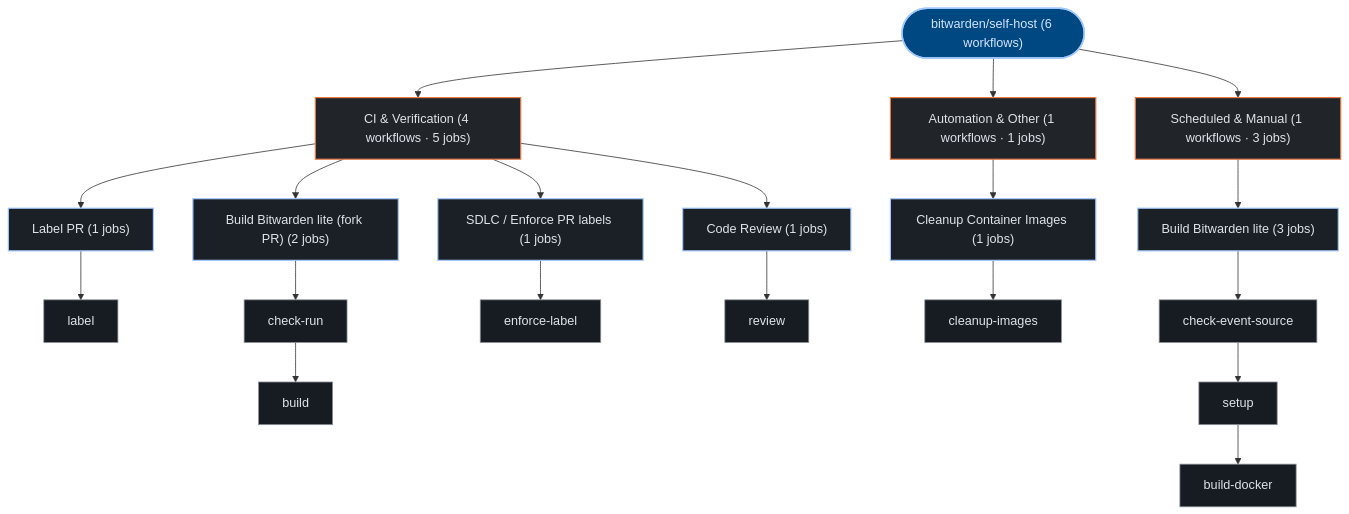
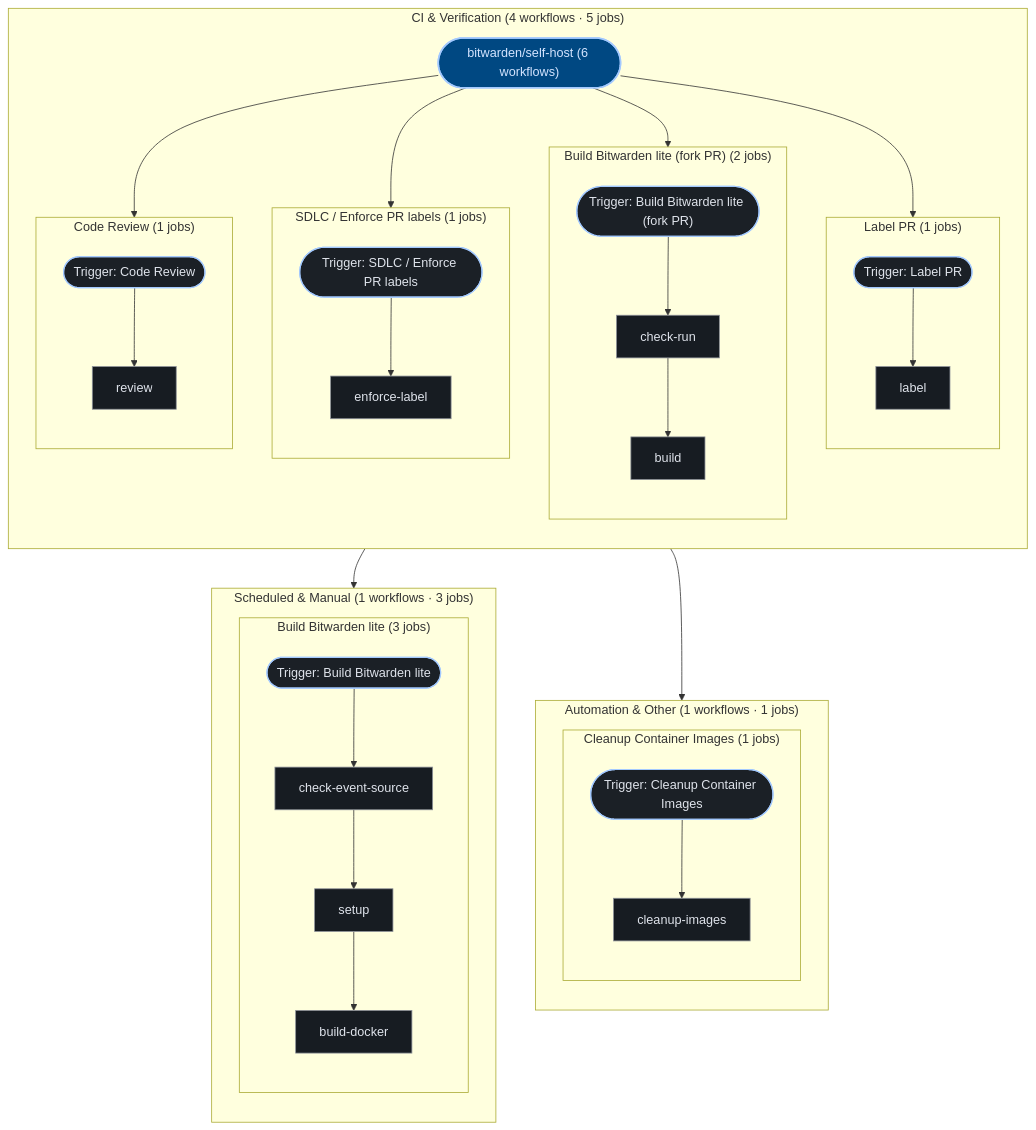
Before and after one commit to kumarshaz/atruss-code-atlas: the third of 3 diagrams in exports/latest/reports/bitwarden-self-host-report.md, drawn with Mermaid. The commit also changed 181 other files, not shown here.

````diff
--- a/exports/latest/reports/bitwarden-self-host-report.md
+++ b/exports/latest/reports/bitwarden-self-host-report.md
@@ -127,47 +127,68 @@
 ```mermaid
 graph TD;
   classDef atlasRoot fill:#004882,stroke:#a3c9ff,stroke-width:2px,color:#d3e4ff
   classDef atlasCategory fill:#212428,stroke:#E87A48,stroke-width:1.5px,color:#dfe3eb
   classDef atlasWorkflow fill:#1b2026,stroke:#a3c9ff,stroke-width:1.5px,color:#dfe3eb
   classDef atlasJob fill:#171c22,stroke:#8d9199,stroke-width:1px,color:#dfe3eb
   classDef atlasTarget fill:#005227,stroke:#8bd99b,stroke-width:1.5px,color:#a7f6b6
   classDef atlasAlert fill:#93000a,stroke:#ffb4ab,stroke-width:1.5px,color:#ffdad6
   classDef atlasMore fill:#252a31,stroke:#8d9199,stroke-dasharray:4 4,color:#c3c6cf
   pipeline_root(["bitwarden/self-host (6 workflows)"]):::atlasRoot
-  grp_0_CI___Verification["CI & Verification (4 workflows · 5 jobs)"]:::atlasCategory
-  pipeline_root --> grp_0_CI___Verification
-  wf_0_Label_PR["Label PR (1 jobs)"]:::atlasWorkflow
-  grp_0_CI___Verification --> wf_0_Label_PR
-  job_0_label["label"]:::atlasJob
-  wf_0_Label_PR --> job_0_label
-  wf_1_Build_Bitwarden_lite__fork_PR_["Build Bitwarden lite (fork PR) (2 jobs)"]:::atlasWorkflow
-  grp_0_CI___Verification --> wf_1_Build_Bitwarden_lite__fork_PR_
-  job_1_check_run["check-run"]:::atlasJob
-  job_1_build["build"]:::atlasJob
-  wf_1_Build_Bitwarden_lite__fork_PR_ --> job_1_check_run
-  job_1_check_run --> job_1_build
-  wf_4_SDLC___Enforce_PR_labels["SDLC / Enforce PR labels (1 jobs)"]:::atlasWorkflow
-  grp_0_CI___Verification --> wf_4_SDLC___Enforce_PR_labels
-  job_4_enforce_label["enforce-label"]:::atlasJob
-  wf_4_SDLC___Enforce_PR_labels --> job_4_enforce_label
-  wf_5_Code_Review["Code Review (1 jobs)"]:::atlasWorkflow
-  grp_0_CI___Verification --> wf_5_Code_Review
-  job_5_review["review"]:::atlasJob
-  wf_5_Code_Review --> job_5_review
-  grp_1_Automation___Other["Automation & Other (1 workflows · 1 jobs)"]:::atlasCategory
-  pipeline_root --> grp_1_Automation___Other
-  wf_3_Cleanup_Container_Images["Cleanup Container Images (1 jobs)"]:::atlasWorkflow
-  grp_1_Automation___Other --> wf_3_Cleanup_Container_Images
-  job_3_cleanup_images["cleanup-images"]:::atlasJob
-  wf_3_Cleanup_Container_Images --> job_3_cleanup_images
-  grp_2_Scheduled___Manual["Scheduled & Manual (1 workflows · 3 jobs)"]:::atlasCategory
-  pipeline_root --> grp_2_Scheduled___Manual
-  wf_2_Build_Bitwarden_lite["Build Bitwarden lite (3 jobs)"]:::atlasWorkflow
-  grp_2_Scheduled___Manual --> wf_2_Build_Bitwarden_lite
-  job_2_check_event_source["check-event-source"]:::atlasJob
-  job_2_setup["setup"]:::atlasJob
-  job_2_build_docker["build-docker"]:::atlasJob
-  wf_2_Build_Bitwarden_lite --> job_2_check_event_source
-  job_2_check_event_source --> job_2_setup
-  job_2_setup --> job_2_build_docker
+  subgraph sg_grp_0_CI___Verification["CI & Verification (4 workflows · 5 jobs)"]
+    direction TB
+    subgraph sg_wf_0_Label_PR["Label PR (1 jobs)"]
+      direction TB
+      wf_0_Label_PR(["Trigger: Label PR"]):::atlasWorkflow
+      job_0_label["label"]:::atlasJob
+      wf_0_Label_PR --> job_0_label
+    end
+    pipeline_root --> wf_0_Label_PR
+    subgraph sg_wf_1_Build_Bitwarden_lite__fork_PR_["Build Bitwarden lite (fork PR) (2 jobs)"]
+      direction TB
+      wf_1_Build_Bitwarden_lite__fork_PR_(["Trigger: Build Bitwarden lite (fork PR)"]):::atlasWorkflow
+      job_1_check_run["check-run"]:::atlasJob
+      job_1_build["build"]:::atlasJob
+      wf_1_Build_Bitwarden_lite__fork_PR_ --> job_1_check_run
+      job_1_check_run --> job_1_build
+    end
+    pipeline_root --> wf_1_Build_Bitwarden_lite__fork_PR_
+    subgraph sg_wf_4_SDLC___Enforce_PR_labels["SDLC / Enforce PR labels (1 jobs)"]
+      direction TB
+      wf_4_SDLC___Enforce_PR_labels(["Trigger: SDLC / Enforce PR labels"]):::atlasWorkflow
+      job_4_enforce_label["enforce-label"]:::atlasJob
+      wf_4_SDLC___Enforce_PR_labels --> job_4_enforce_label
+    end
+    pipeline_root --> wf_4_SDLC___Enforce_PR_labels
+    subgraph sg_wf_5_Code_Review["Code Review (1 jobs)"]
+      direction TB
+      wf_5_Code_Review(["Trigger: Code Review"]):::atlasWorkflow
+      job_5_review["review"]:::atlasJob
+      wf_5_Code_Review --> job_5_review
+    end
+    pipeline_root --> wf_5_Code_Review
+  end
+  subgraph sg_grp_1_Automation___Other["Automation & Other (1 workflows · 1 jobs)"]
+    direction TB
+    subgraph sg_wf_3_Cleanup_Container_Images["Cleanup Container Images (1 jobs)"]
+      direction TB
+      wf_3_Cleanup_Container_Images(["Trigger: Cleanup Container Images"]):::atlasWorkflow
+      job_3_cleanup_images["cleanup-images"]:::atlasJob
+      wf_3_Cleanup_Container_Images --> job_3_cleanup_images
+    end
+    pipeline_root --> wf_3_Cleanup_Container_Images
+  end
+  subgraph sg_grp_2_Scheduled___Manual["Scheduled & Manual (1 workflows · 3 jobs)"]
+    direction TB
+    subgraph sg_wf_2_Build_Bitwarden_lite["Build Bitwarden lite (3 jobs)"]
+      direction TB
+      wf_2_Build_Bitwarden_lite(["Trigger: Build Bitwarden lite"]):::atlasWorkflow
+      job_2_check_event_source["check-event-source"]:::atlasJob
+      job_2_setup["setup"]:::atlasJob
+      job_2_build_docker["build-docker"]:::atlasJob
+      wf_2_Build_Bitwarden_lite --> job_2_check_event_source
+      job_2_check_event_source --> job_2_setup
+      job_2_setup --> job_2_build_docker
+    end
+    pipeline_root --> wf_2_Build_Bitwarden_lite
+  end
 ```
````
